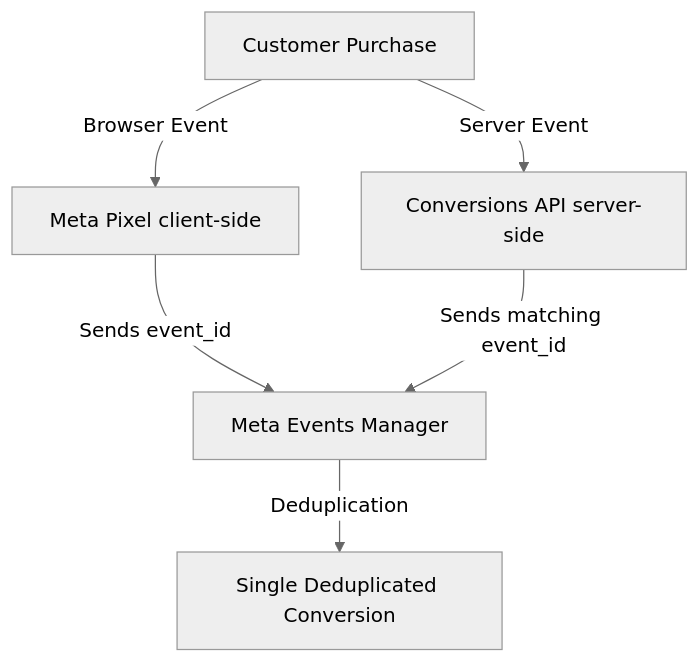
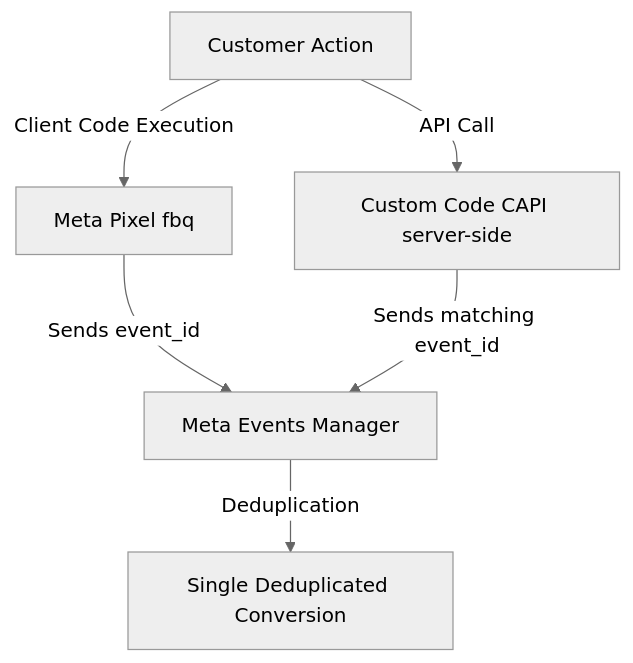
Before and after one commit to shahriarkabirT/techstore: the diagram in docs/meta-conversions-api-guide.md, drawn with Mermaid (neutral theme). The commit also changed other lines of this file and 1 other file, not shown here.

````diff
--- a/docs/meta-conversions-api-guide.md
+++ b/docs/meta-conversions-api-guide.md
@@ -12,8 +16,8 @@
 ```mermaid
 graph TD
-    User[Customer Purchase] -->|Browser Event| BrowserPixel[Meta Pixel client-side]
-    User -->|Server Event| ServerCAPI[Conversions API server-side]
+    User[Customer Action] -->|Client Code Execution| BrowserPixel[Meta Pixel fbq]
+    User -->|API Call| ServerCAPI[Custom Code CAPI server-side]
     BrowserPixel -->|Sends event_id| Meta[Meta Events Manager]
     ServerCAPI -->|Sends matching event_id| Meta
     Meta -->|Deduplication| UnifiedEvent[Single Deduplicated Conversion]
 ```
````
